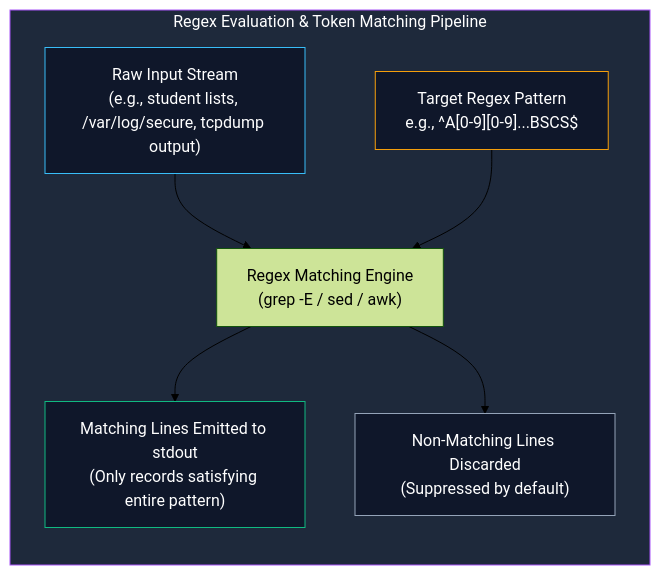
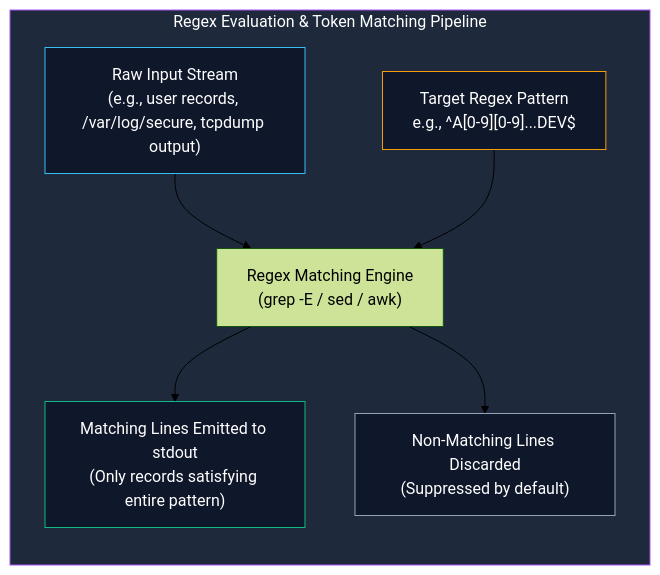
One commit to Kashif-Mashi/Blue-Team-Handbook changed the diagram in System-and-Network-Administrator/04-Networking/02-Regular-Expressions.md. Above: the diagram before and after it, drawn with Mermaid (forest theme). The commit also changed other lines of this file and 11 other files, not shown here.

````diff
--- a/System-and-Network-Administrator/04-Networking/02-Regular-Expressions.md
+++ b/System-and-Network-Administrator/04-Networking/02-Regular-Expressions.md
@@ -28,16 +28,16 @@
 ```mermaid
 flowchart TD
     subgraph Engine["Regex Evaluation & Token Matching Pipeline"]
         direction TB
-        TEXT["Raw Input Stream<br/>(e.g., student lists, /var/log/secure, tcpdump output)"] --> ENGINE["Regex Matching Engine<br/>(grep -E / sed / awk)"]
-        PAT["Target Regex Pattern<br/>e.g., ^A[0-9][0-9]...BSCS$"] --> ENGINE
+        TEXT["Raw Input Stream<br/>(e.g., user records, /var/log/secure, tcpdump output)"] --> ENGINE["Regex Matching Engine<br/>(grep -E / sed / awk)"]
+        PAT["Target Regex Pattern<br/>e.g., ^A[0-9][0-9]...DEV$"] --> ENGINE
         ENGINE --> MATCH["Matching Lines Emitted to stdout<br/>(Only records satisfying entire pattern)"]
         ENGINE --> NONMATCH["Non-Matching Lines Discarded<br/>(Suppressed by default)"]
     end
 
     style Engine fill:#1e293b,stroke:#a855f7,color:#fff
     style TEXT fill:#0f172a,stroke:#38bdf8,color:#fff
     style PAT fill:#0f172a,stroke:#f59e0b,color:#fff
     style MATCH fill:#0f172a,stroke:#10b981,color:#fff
     style NONMATCH fill:#0f172a,stroke:#94a3b8,color:#fff
 ```
````
